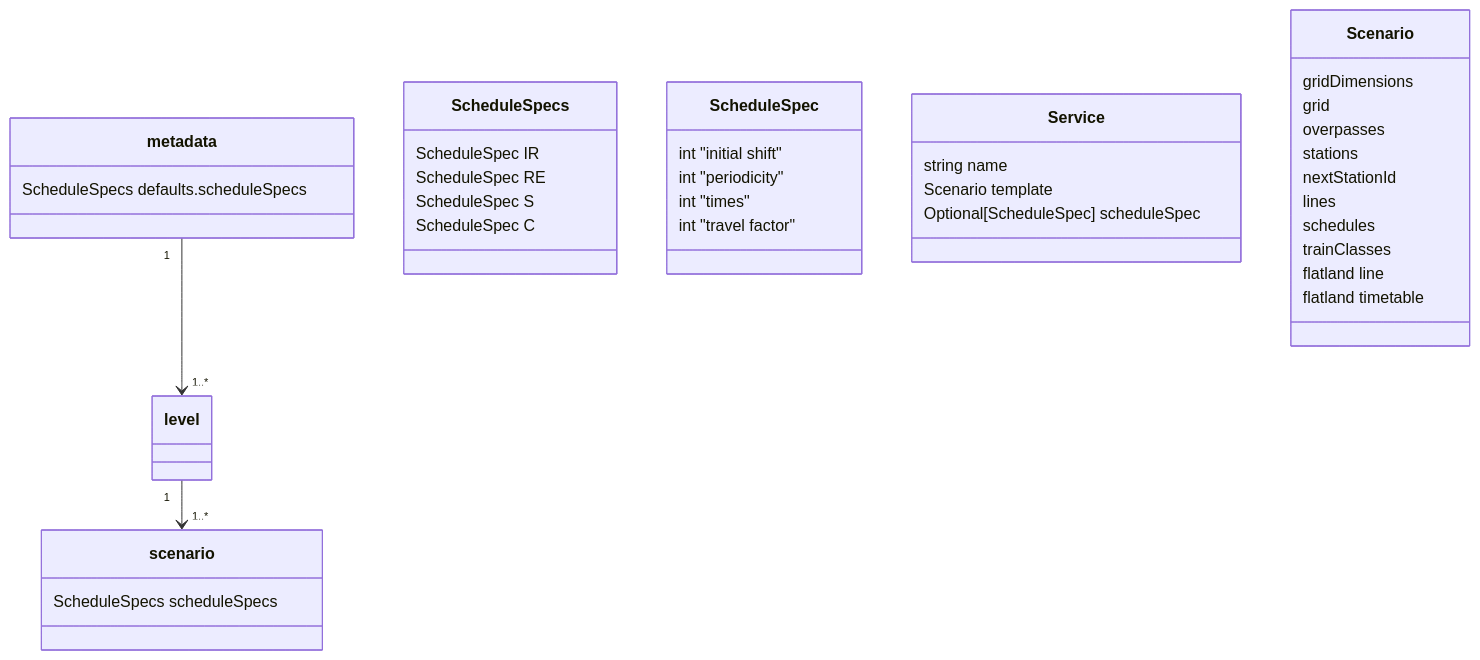
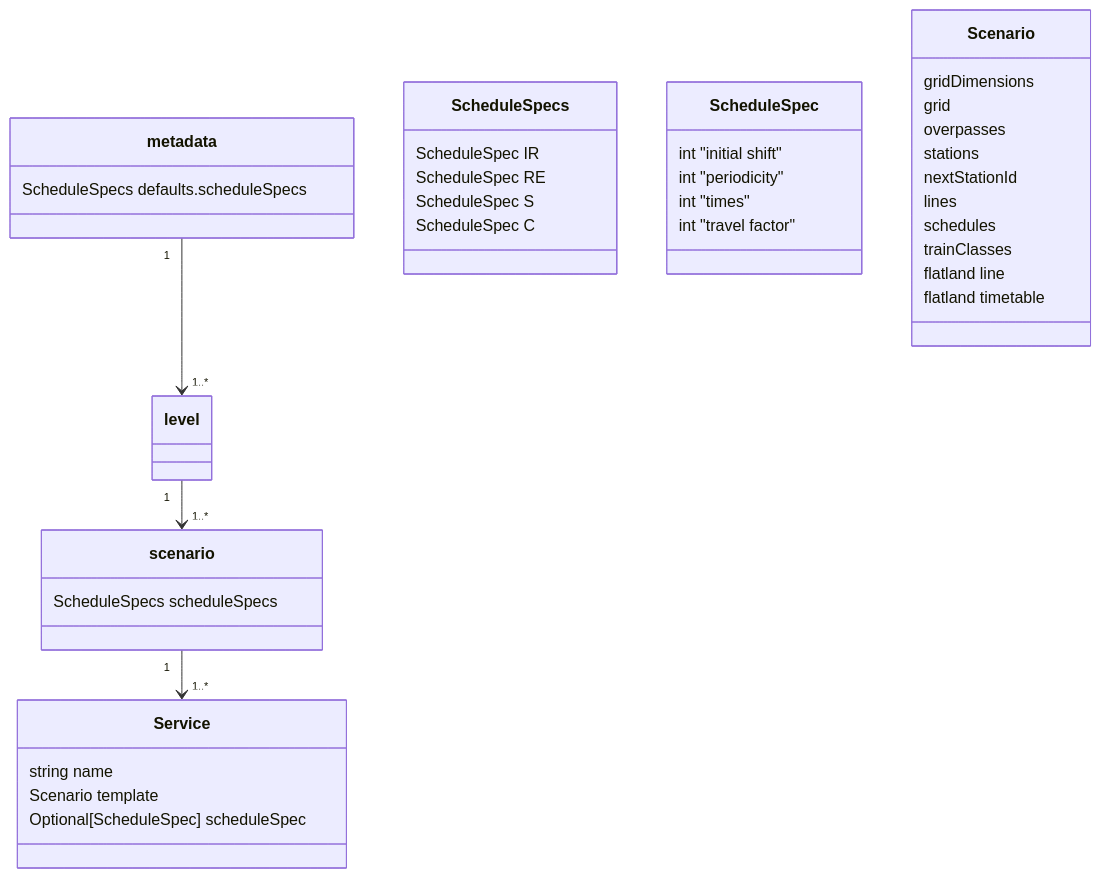
One commit to flatland-association/flatland-scenarios changed the first of 3 diagrams in scenario_generator/README.md. Above: the diagram before and after it, drawn with Mermaid.

Commit message:
docs: add data model and data flow section.

````diff
--- a/scenario_generator/README.md
+++ b/scenario_generator/README.md
@@ -20,42 +20,43 @@
 ```mermaid
 classDiagram
   class metadata {
     ScheduleSpecs defaults.scheduleSpecs
   }
   class scenario {
     ScheduleSpecs scheduleSpecs
   }
   metadata "1" --> "1..*" level
   level "1" --> "1..*" scenario
+  scenario "1" --> "1..*" Service
   class ScheduleSpecs {
     ScheduleSpec IR
     ScheduleSpec RE
     ScheduleSpec S
     ScheduleSpec C
   }
   class ScheduleSpec {
     int "initial shift"
     int "periodicity"
     int "times"
     int "travel factor"
   }
   class Service {
     string name
     Scenario template
     Optional[ScheduleSpec] scheduleSpec
   }
 
   class Scenario {
     gridDimensions
     grid
     overpasses
     stations
     nextStationId
     lines
     schedules
     trainClasses
     flatland line
     flatland timetable
   }
 
 ```
````
